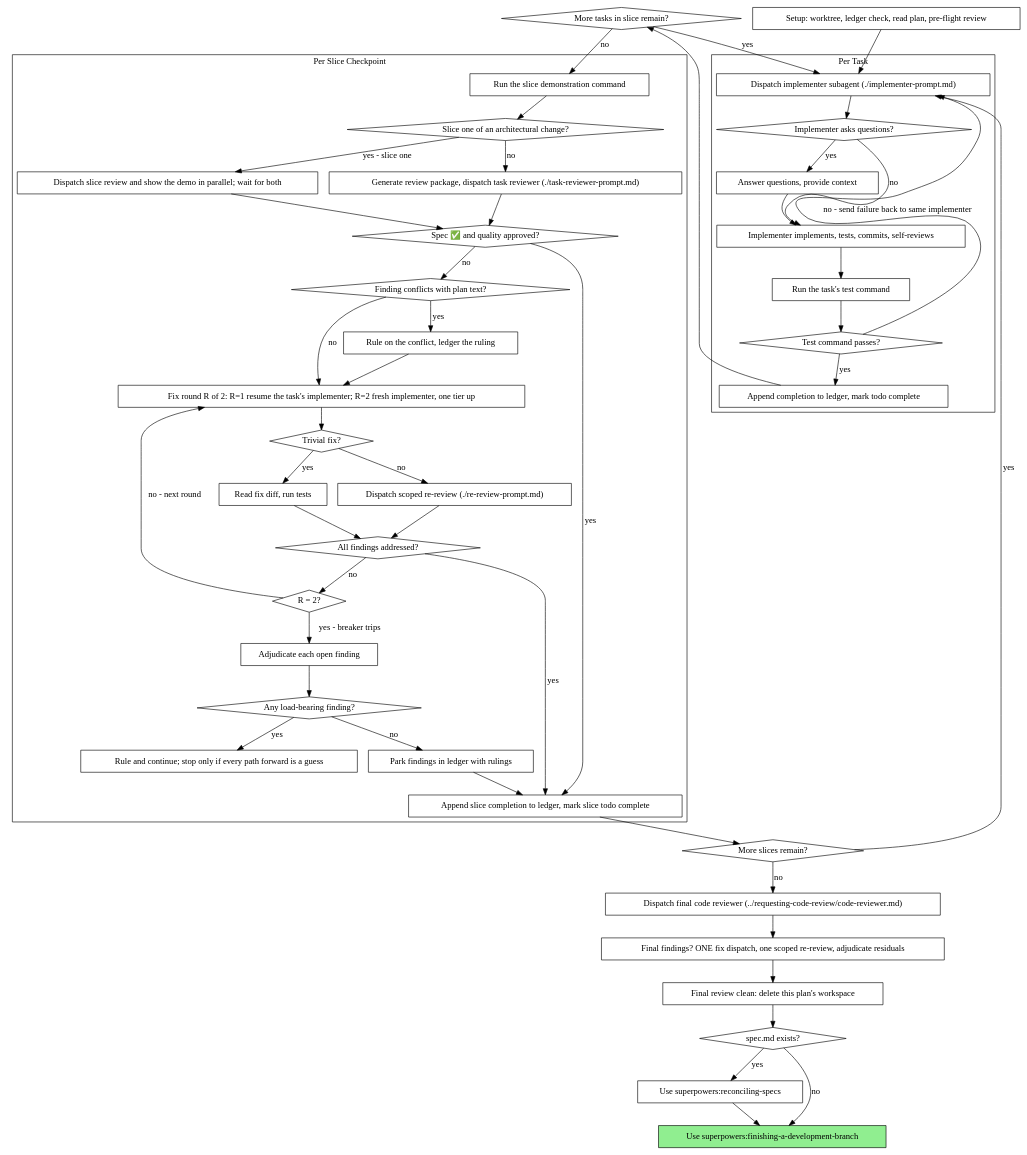
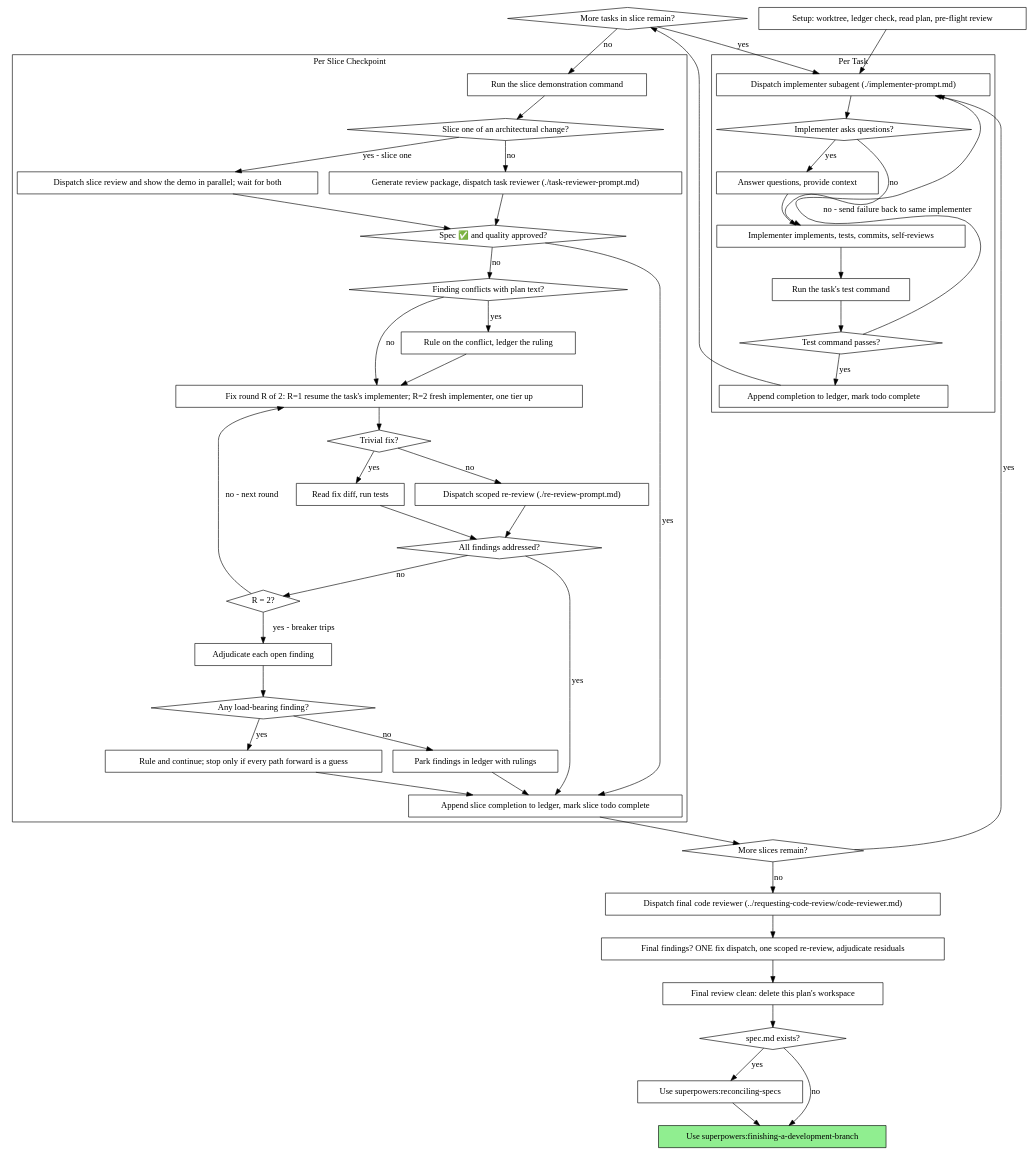
Before and after one commit to BlastBlastBlast/more_superpowers: the second of 2 diagrams in skills/subagent-driven-development/SKILL.md, drawn with Graphviz. The commit also changed other lines of this file and 4 other files, not shown here.

```diff
--- a/skills/subagent-driven-development/SKILL.md
+++ b/skills/subagent-driven-development/SKILL.md
@@ -153,6 +153,7 @@
     "Adjudicate each open finding" -> "Any load-bearing finding?";
     "Any load-bearing finding?" -> "Rule and continue; stop only if every path forward is a guess" [label="yes"];
     "Any load-bearing finding?" -> "Park findings in ledger with rulings" [label="no"];
+    "Rule and continue; stop only if every path forward is a guess" -> "Append slice completion to ledger, mark slice todo complete";
     "Park findings in ledger with rulings" -> "Append slice completion to ledger, mark slice todo complete";
     "Append slice completion to ledger, mark slice todo complete" -> "More slices remain?";
     "More slices remain?" -> "Dispatch implementer subagent (./implementer-prompt.md)" [label="yes"];
```
